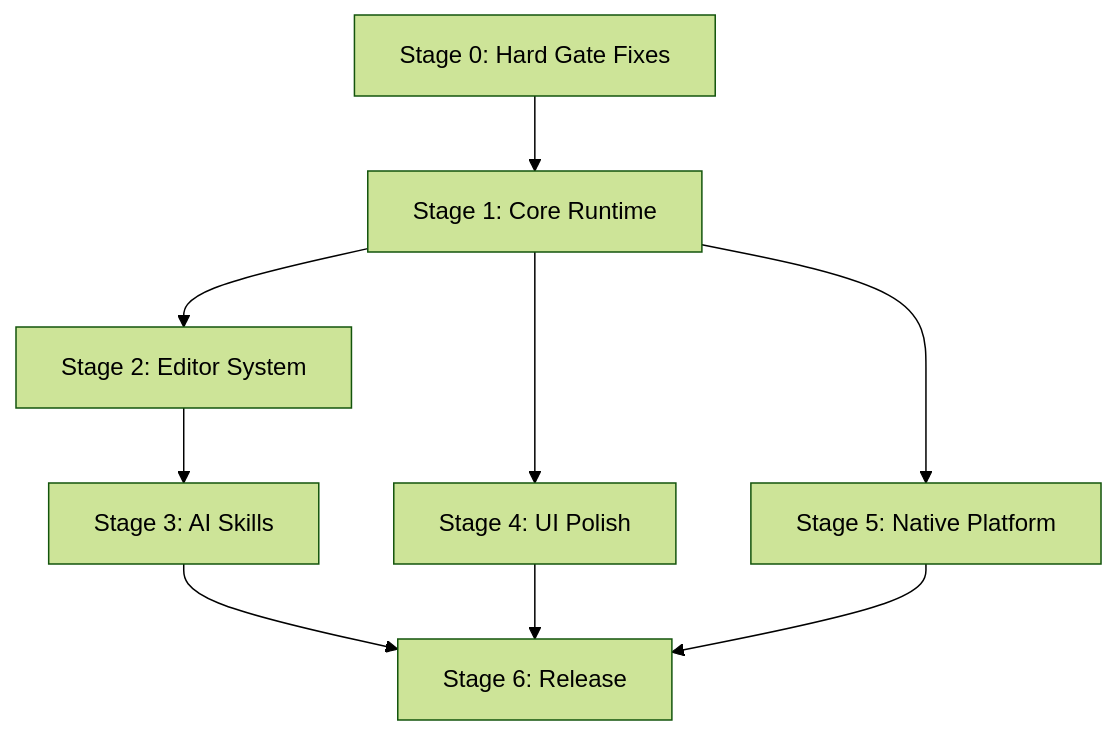
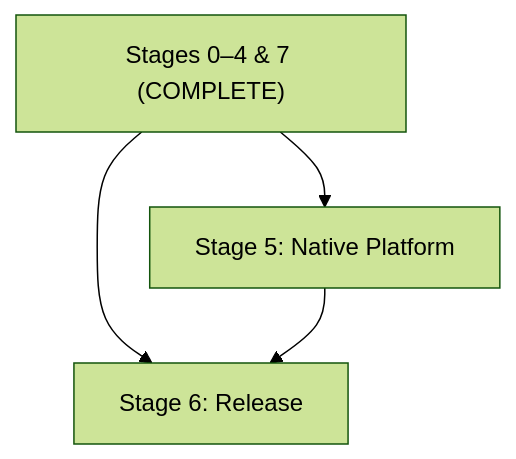
The diagram in TOS_Beta-0_Roadmap.md (KellyDev-Tools/TOS-Desktop-Environment), drawn with Mermaid (forest theme) before and after one commit. The commit also changed other lines of this file and 2 other files, not shown here.

Commit message:
docs(roadmap): archive legacy documents and migrate completed stages to changelog

````diff
--- a/TOS_Beta-0_Roadmap.md
+++ b/TOS_Beta-0_Roadmap.md
@@ -505,11 +408,6 @@
 ```mermaid
 graph TD
-    S0["Stage 0: Hard Gate Fixes"] --> S1["Stage 1: Core Runtime"]
-    S1 --> S2["Stage 2: Editor System"]
-    S1 --> S4["Stage 4: UI Polish"]
-    S2 --> S3["Stage 3: AI Skills"]
-    S3 --> S6["Stage 6: Release"]
-    S4 --> S6
-    S5["Stage 5: Native Platform"] --> S6
-    S1 --> S5
+    COMPLETED["Stages 0–4 & 7 (COMPLETE)"] --> S5["Stage 5: Native Platform"]
+    COMPLETED --> S6["Stage 6: Release"]
+    S5 --> S6
 ```
````
